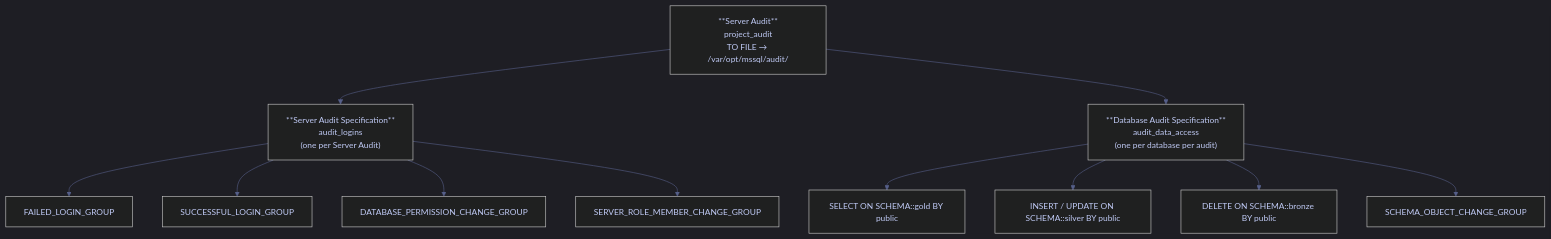
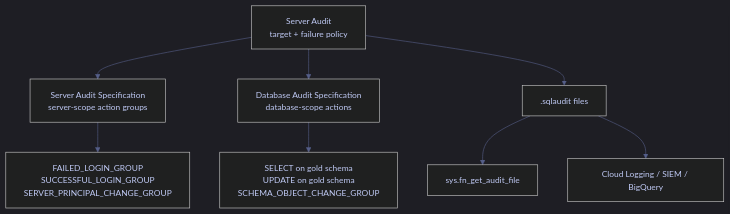
One commit to alp78/elysium changed the diagram in content/04-SQL-Server/Security/audit-logging.md. Above: the diagram before and after it, drawn with Mermaid. The commit also changed other lines of this file and 12 other files, not shown here.

````diff
--- a/content/04-SQL-Server/Security/audit-logging.md
+++ b/content/04-SQL-Server/Security/audit-logging.md
@@ -35,28 +36,22 @@
 ```mermaid
 %%{init: {'theme': 'dark', 'themeVariables': {
   'primaryColor': '#292e42',
   'primaryTextColor': '#c0caf5',
   'primaryBorderColor': '#565f89',
   'lineColor': '#565f89',
   'secondaryColor': '#1a1b26',
   'tertiaryColor': '#24283b',
   'noteTextColor': '#c0caf5',
   'noteBkgColor': '#292e42',
   'textColor': '#c0caf5',
   'fontSize': '14px'
 }}}%%
 flowchart TD
-    SA["**Server Audit**\nproject_audit\nTO FILE → /var/opt/mssql/audit/"]
-    SSPEC["**Server Audit Specification**\naudit_logins\n(one per Server Audit)"]
-    DSPEC["**Database Audit Specification**\naudit_data_access\n(one per database per audit)"]
-    SA --> SSPEC
-    SA --> DSPEC
-    SSPEC --> G1[FAILED_LOGIN_GROUP]
-    SSPEC --> G2[SUCCESSFUL_LOGIN_GROUP]
-    SSPEC --> G3[DATABASE_PERMISSION_CHANGE_GROUP]
-    SSPEC --> G4[SERVER_ROLE_MEMBER_CHANGE_GROUP]
-    DSPEC --> A1["SELECT ON SCHEMA::gold BY public"]
-    DSPEC --> A2["INSERT / UPDATE ON SCHEMA::silver BY public"]
-    DSPEC --> A3["DELETE ON SCHEMA::bronze BY public"]
-    DSPEC --> A4[SCHEMA_OBJECT_CHANGE_GROUP]
+    A["Server Audit<br/>target + failure policy"] --> B["Server Audit Specification<br/>server-scope action groups"]
+    A --> C["Database Audit Specification<br/>database-scope actions"]
+    B --> D["FAILED_LOGIN_GROUP<br/>SUCCESSFUL_LOGIN_GROUP<br/>SERVER_PRINCIPAL_CHANGE_GROUP"]
+    C --> E["SELECT on gold schema<br/>UPDATE on gold schema<br/>SCHEMA_OBJECT_CHANGE_GROUP"]
+    A --> F[".sqlaudit files"]
+    F --> G["sys.fn_get_audit_file"]
+    F --> H["Cloud Logging / SIEM / BigQuery"]
 ```
````
